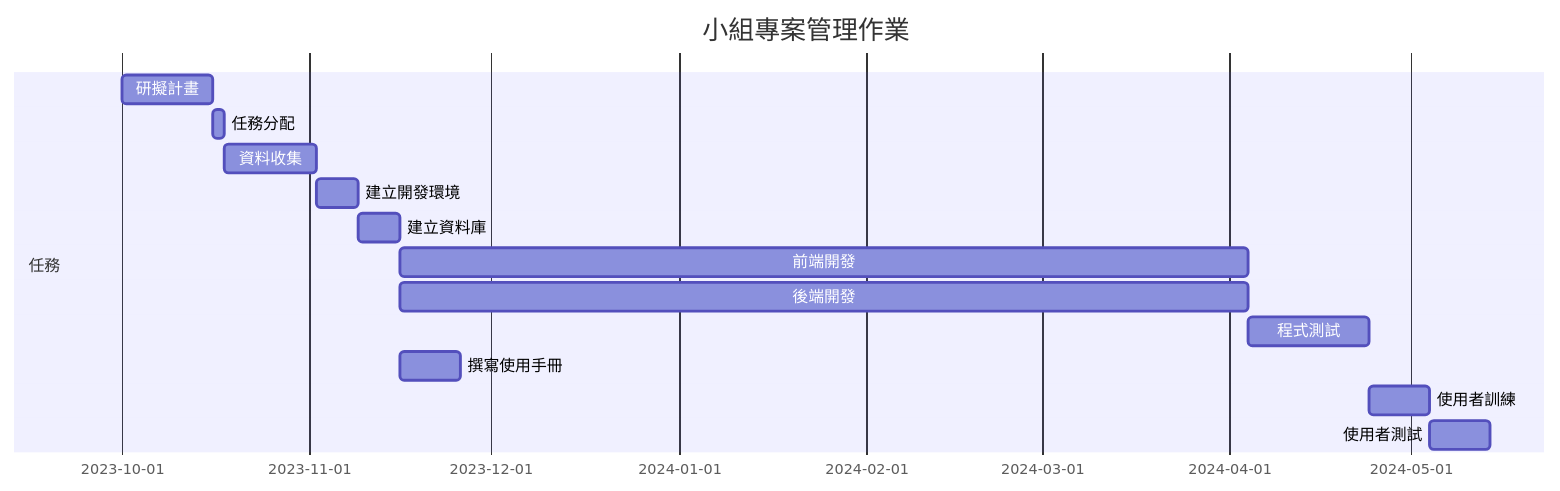
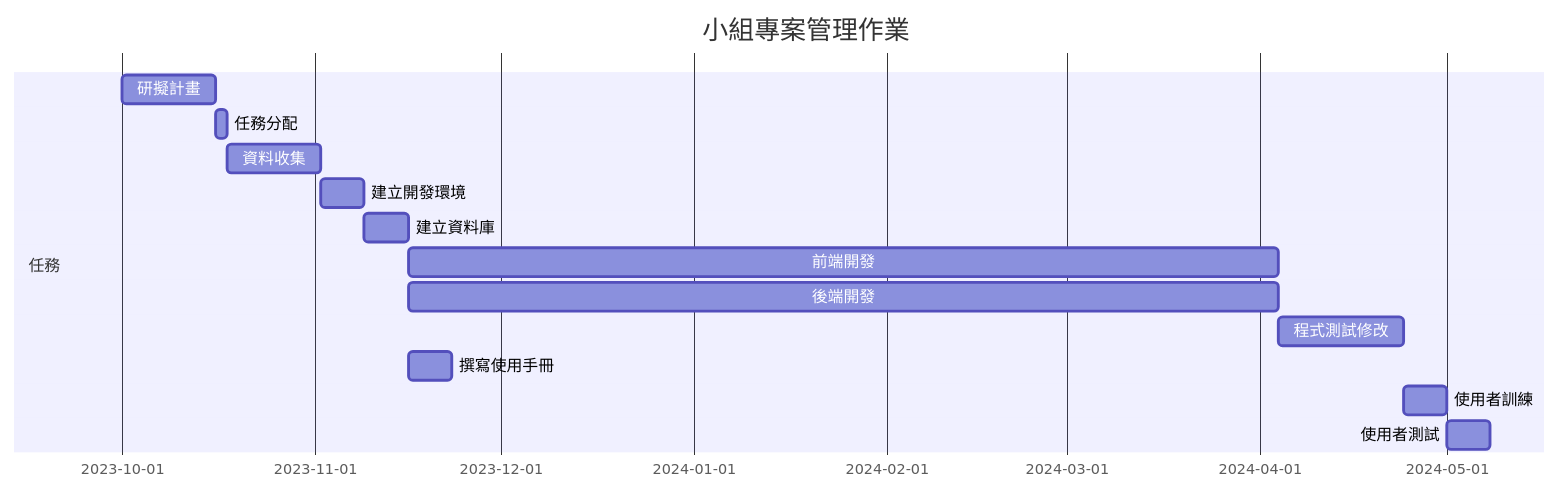
One commit to Xuan730/T5 changed the diagram in group-hw2.md. Above: the diagram before and after it, drawn with Mermaid.

````diff
--- a/group-hw2.md
+++ b/group-hw2.md
@@ -7,17 +7,17 @@
 ```mermaid
 gantt
     title 小組專案管理作業
 
     section 任務
     研擬計畫 :a1, 2023-10-01, 15d
     任務分配 :a2, after a1, 2d
     資料收集 :a3, after a2 , 15d
     建立開發環境 :a4, after a3, 7d
     建立資料庫 :a5, after a4, 7d
     前端開發:a6,after a5, 140d
     後端開發:a7, after a5, 140d
-    程式測試 :a8, after a6、a7, 20d
-    撰寫使用手冊 :a9, after a5, 10d
-    使用者訓練 :a10, after a8, 10d
-    使用者測試 : a11, after a10, 10d
+    程式測試修改 :a8, after a6、a7, 20d
+    撰寫使用手冊 :a9, after a5, 7d
+    使用者訓練 :a10, after a8, 7d
+    使用者測試 : a11, after a10, 7d
 ```
````
